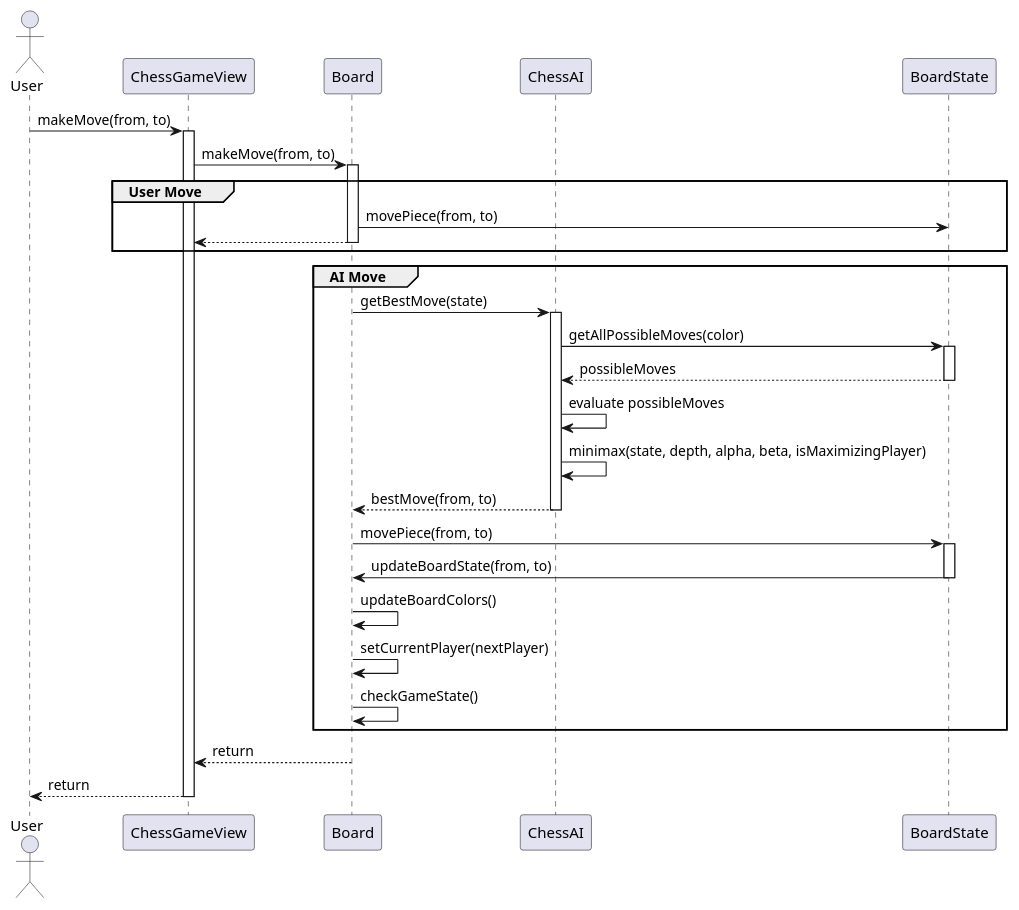
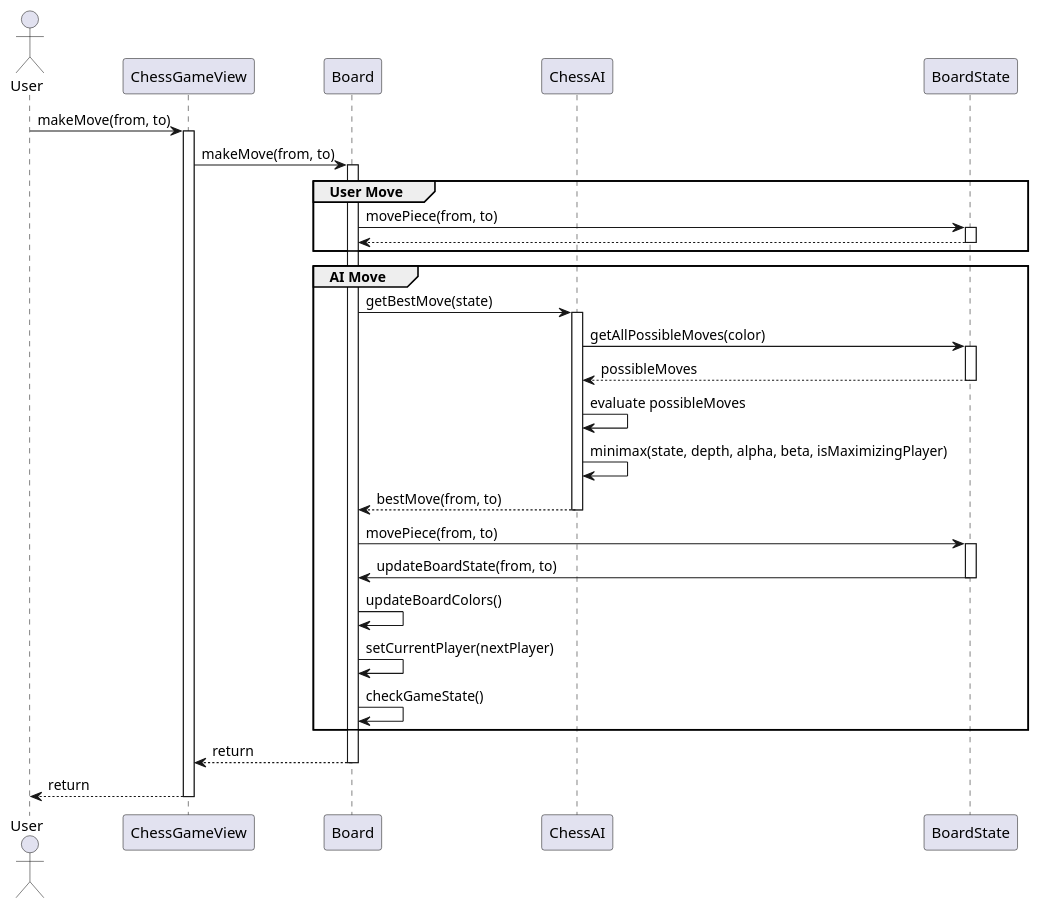
Before and after one commit to team-muppet/TouchGFX-Chess: the diagram in Assets/plantUML/SequenceDiagrams/ChessAISequenceDiagram.puml, drawn with PlantUML.

Commit message:
Updated chessAI diagram

```diff
--- a/Assets/plantUML/SequenceDiagrams/ChessAISequenceDiagram.puml
+++ b/Assets/plantUML/SequenceDiagrams/ChessAISequenceDiagram.puml
@@ -1,48 +1,50 @@
 @startuml ChessAISequenceDiagram
 actor User
 
 participant ChessGameView as View
 participant Board as Board
 participant ChessAI as AI
 participant BoardState as State
 
 User -> View: makeMove(from, to)
 activate View
 View -> Board: makeMove(from, to)
 activate Board
 
 group User Move
     Board -> State: movePiece(from, to)
+    activate State
     return
+    deactivate State
 end
 
 group AI Move
     Board -> AI: getBestMove(state)
     activate AI
     AI -> State: getAllPossibleMoves(color)
     activate State
     State --> AI: possibleMoves
     deactivate State
     
     AI -> AI: evaluate possibleMoves
     AI -> AI: minimax(state, depth, alpha, beta, isMaximizingPlayer)
-    AI --> Board: bestMove(from, to)
+    return bestMove(from, to)
     deactivate AI
 
     Board -> State: movePiece(from, to)
     activate State
     State -> Board: updateBoardState(from, to)
     deactivate State
 
     Board -> Board: updateBoardColors()
     Board -> Board: setCurrentPlayer(nextPlayer)
     Board -> Board: checkGameState()
 end
 
 Board --> View: return
 deactivate Board
 
 View --> User: return
 deactivate View
 
 @enduml
```
